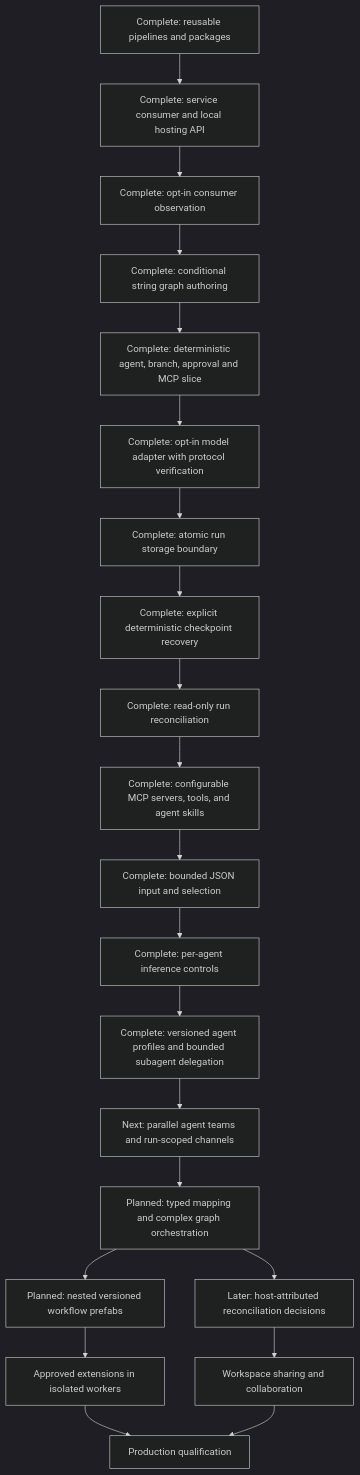
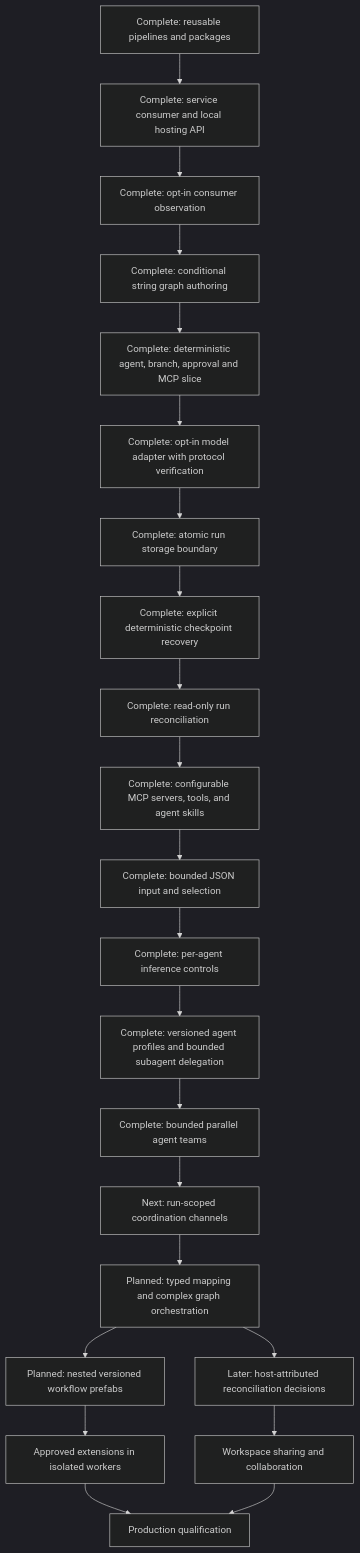
The diagram in docs/roadmap.md (gnalvesteffer/visual-agent-workflow), drawn with Mermaid (dark theme) before and after one commit. The commit also changed other lines of this file and 11 other files, not shown here.

Commit message:
Add bounded parallel agent teams

````diff
--- a/docs/roadmap.md
+++ b/docs/roadmap.md
@@ -86,23 +86,24 @@
 ```mermaid
 flowchart TD
     Reuse["Complete: reusable pipelines and packages"] --> Hosting["Complete: service consumer and local hosting API"]
     Hosting --> Observe["Complete: opt-in consumer observation"]
     Observe --> Graph["Complete: conditional string graph authoring"]
     Graph --> Vertical["Complete: deterministic agent, branch, approval and MCP slice"]
     Vertical --> Models["Complete: opt-in model adapter with protocol verification"]
     Models --> Store["Complete: atomic run storage boundary"]
     Store --> Recovery["Complete: explicit deterministic checkpoint recovery"]
     Recovery --> Assess["Complete: read-only run reconciliation"]
     Assess --> Agents["Complete: configurable MCP servers, tools, and agent skills"]
     Agents --> JsonData["Complete: bounded JSON input and selection"]
     JsonData --> Controls["Complete: per-agent inference controls"]
     Controls --> Delegation["Complete: versioned agent profiles and bounded subagent delegation"]
-    Delegation --> Teams["Next: parallel agent teams and run-scoped channels"]
-    Teams --> Orchestration["Planned: typed mapping and complex graph orchestration"]
+    Delegation --> Teams["Complete: bounded parallel agent teams"]
+    Teams --> Channels["Next: run-scoped coordination channels"]
+    Channels --> Orchestration["Planned: typed mapping and complex graph orchestration"]
     Orchestration --> Assets["Planned: nested versioned workflow prefabs"]
     Orchestration --> Durable["Later: host-attributed reconciliation decisions"]
     Assets --> Extensions["Approved extensions in isolated workers"]
     Durable --> Collaboration["Workspace sharing and collaboration"]
     Extensions --> Production["Production qualification"]
     Collaboration --> Production
 ```
````
